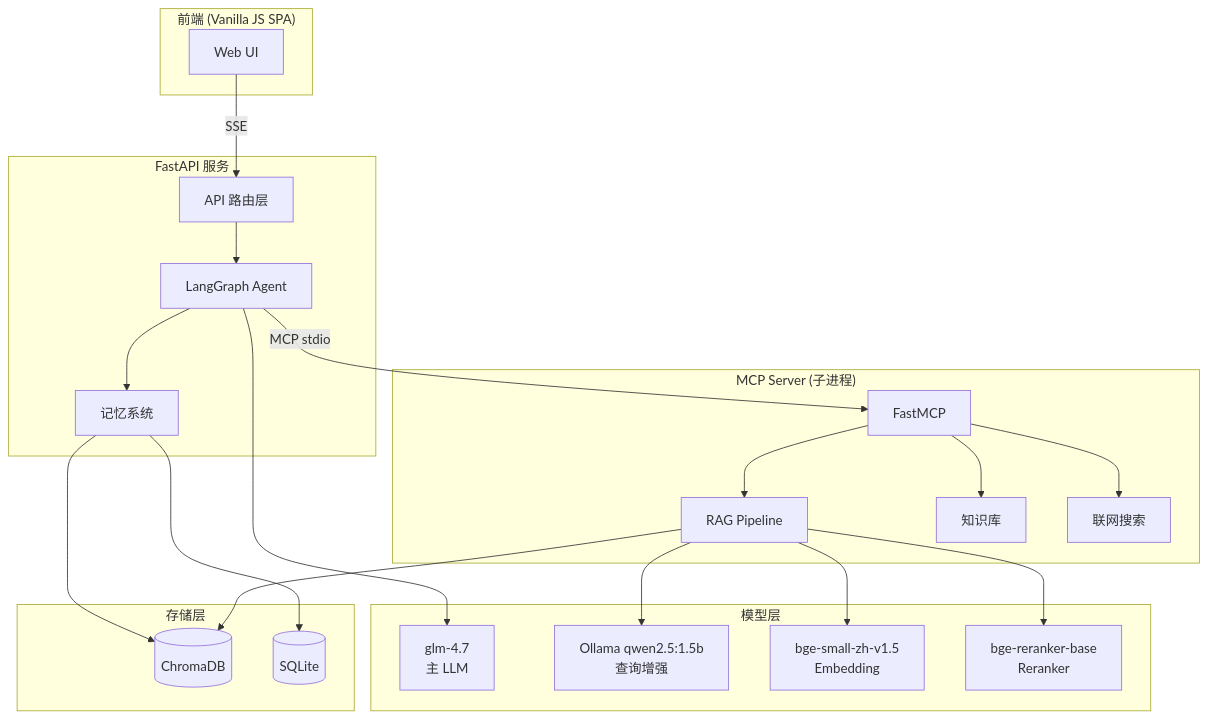
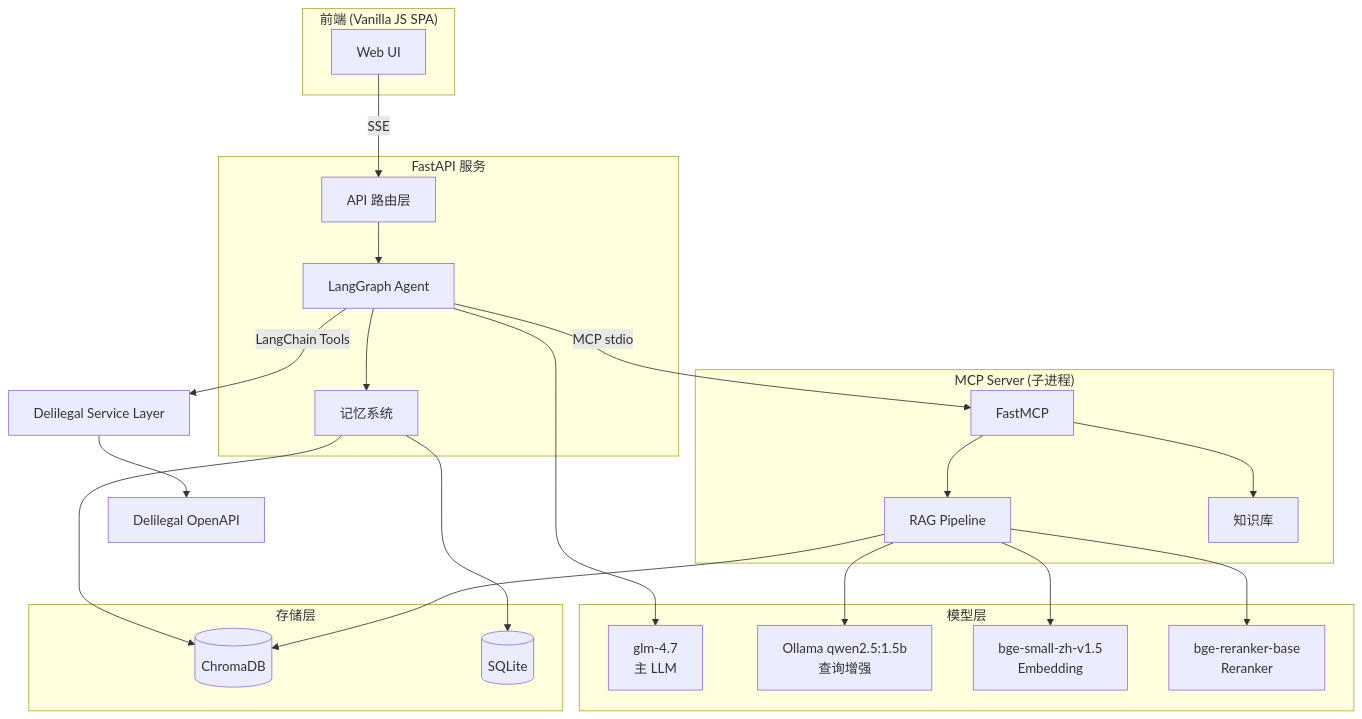
One commit to uuo00n/lexcore-legal-agent changed the first of 2 diagrams in docs/guide/architecture.md. Above: the diagram before and after it, drawn with Mermaid. The commit also changed 46 other files, not shown here.

````diff
--- a/docs/guide/architecture.md
+++ b/docs/guide/architecture.md
@@ -5,46 +5,46 @@
 ```mermaid
 graph TB
     subgraph Client["前端 (Vanilla JS SPA)"]
         UI[Web UI]
     end
 
     subgraph Server["FastAPI 服务"]
         API[API 路由层]
         LG[LangGraph Agent]
         MEM[记忆系统]
     end
 
     subgraph MCP["MCP Server (子进程)"]
         MCPS[FastMCP]
         RAG[RAG Pipeline]
         KB[知识库]
-        WEB[联网搜索]
     end
 
     subgraph Models["模型层"]
         DS[glm-4.7<br/>主 LLM]
         OL[Ollama qwen2.5:1.5b<br/>查询增强]
         EMB[bge-small-zh-v1.5<br/>Embedding]
         RR[bge-reranker-base<br/>Reranker]
     end
 
     subgraph Storage["存储层"]
         CHROMA[(ChromaDB)]
         SQLITE[(SQLite)]
     end
 
     UI -->|SSE| API
     API --> LG
     LG -->|MCP stdio| MCPS
     LG --> MEM
     MCPS --> RAG
     MCPS --> KB
-    MCPS --> WEB
+    LG -->|LangChain Tools| DELI[Delilegal Service Layer]
+    DELI --> OPENAPI[Delilegal OpenAPI]
     RAG --> EMB
     RAG --> RR
     RAG --> OL
     LG --> DS
     MEM --> CHROMA
     MEM --> SQLITE
     RAG --> CHROMA
 ```
````
